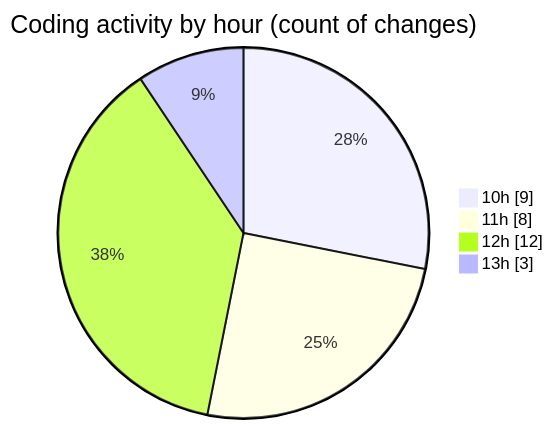
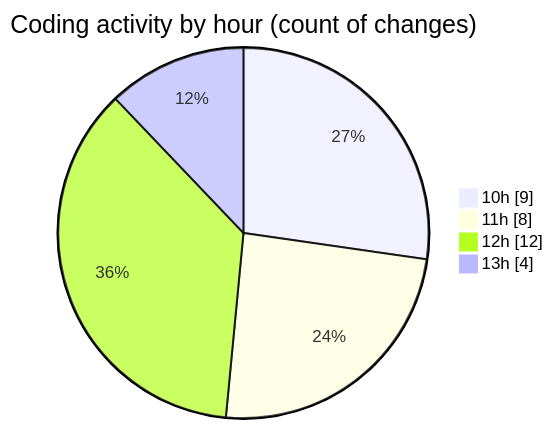
The second of 2 diagrams in 2026-04-16/airfeed-analytics-dashboard/README.md (nxtqubesakshisongat/code-tracking), drawn with Mermaid before and after one commit. The commit also changed other lines of this file and 1 other file, not shown here.

````diff
--- a/2026-04-16/airfeed-analytics-dashboard/README.md
+++ b/2026-04-16/airfeed-analytics-dashboard/README.md
@@ -36,8 +37,8 @@
 ```mermaid
 pie showData
 title Coding activity by hour (count of changes)
 "10h" : 9
 "11h" : 8
 "12h" : 12
-"13h" : 3
+"13h" : 4
 ```
````
